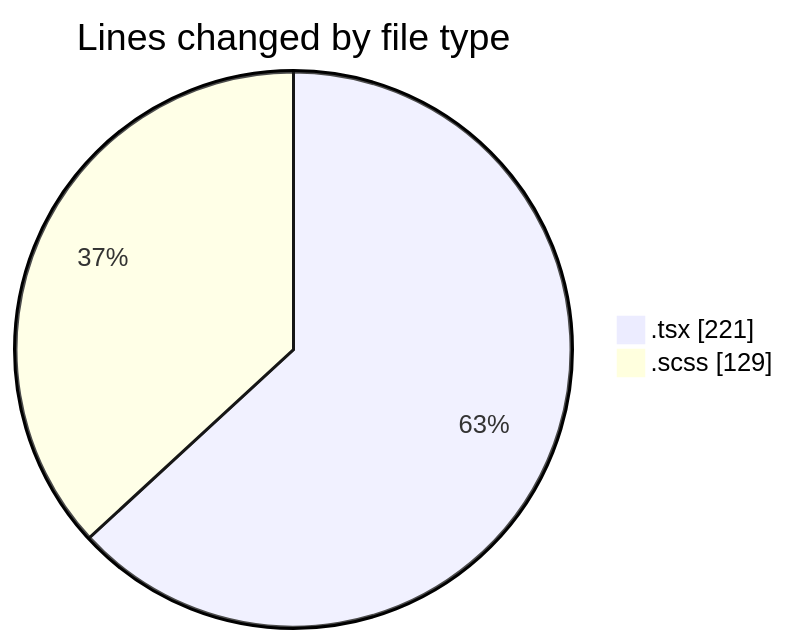
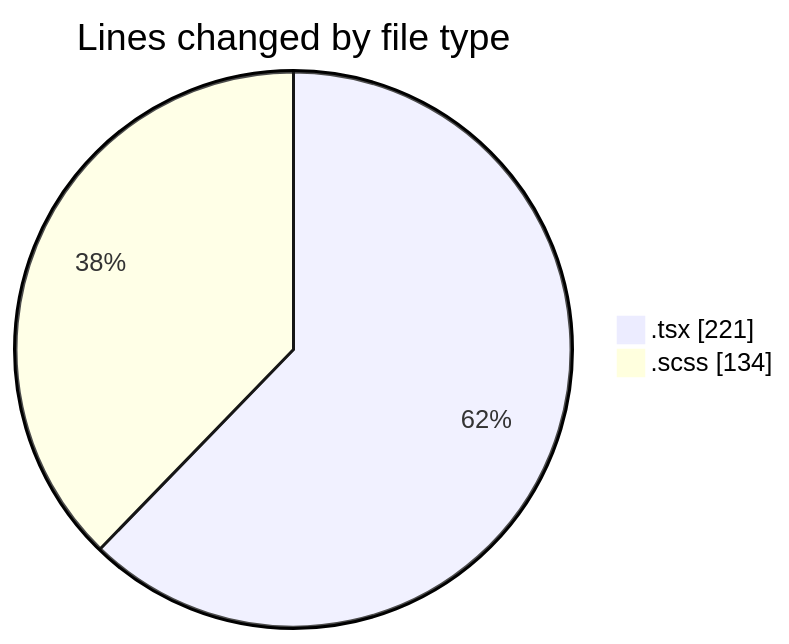
Before and after one commit to momahboobian/code-tracking: the first of 2 diagrams in 2026-04-16/cda/README.md, drawn with Mermaid. The commit also changed other lines of this file and 1 other file, not shown here.

````diff
--- a/2026-04-16/cda/README.md
+++ b/2026-04-16/cda/README.md
@@ -22,6 +22,6 @@
 ```mermaid
 pie showData
 title Lines changed by file type
 ".tsx" : 221
-".scss" : 129
+".scss" : 134
 ```
````
